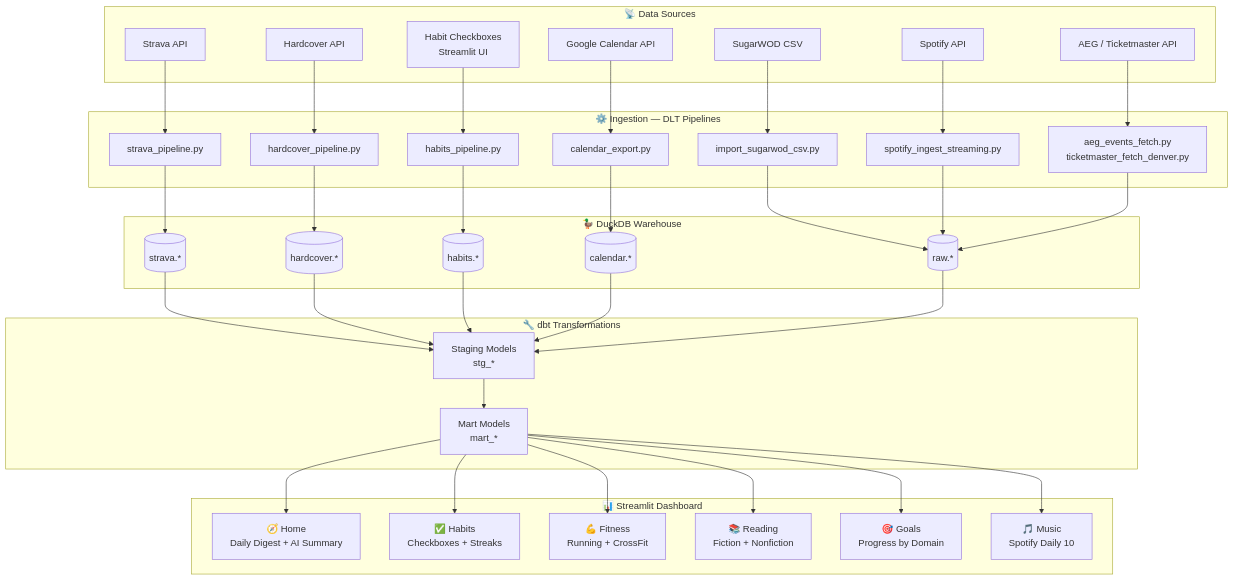
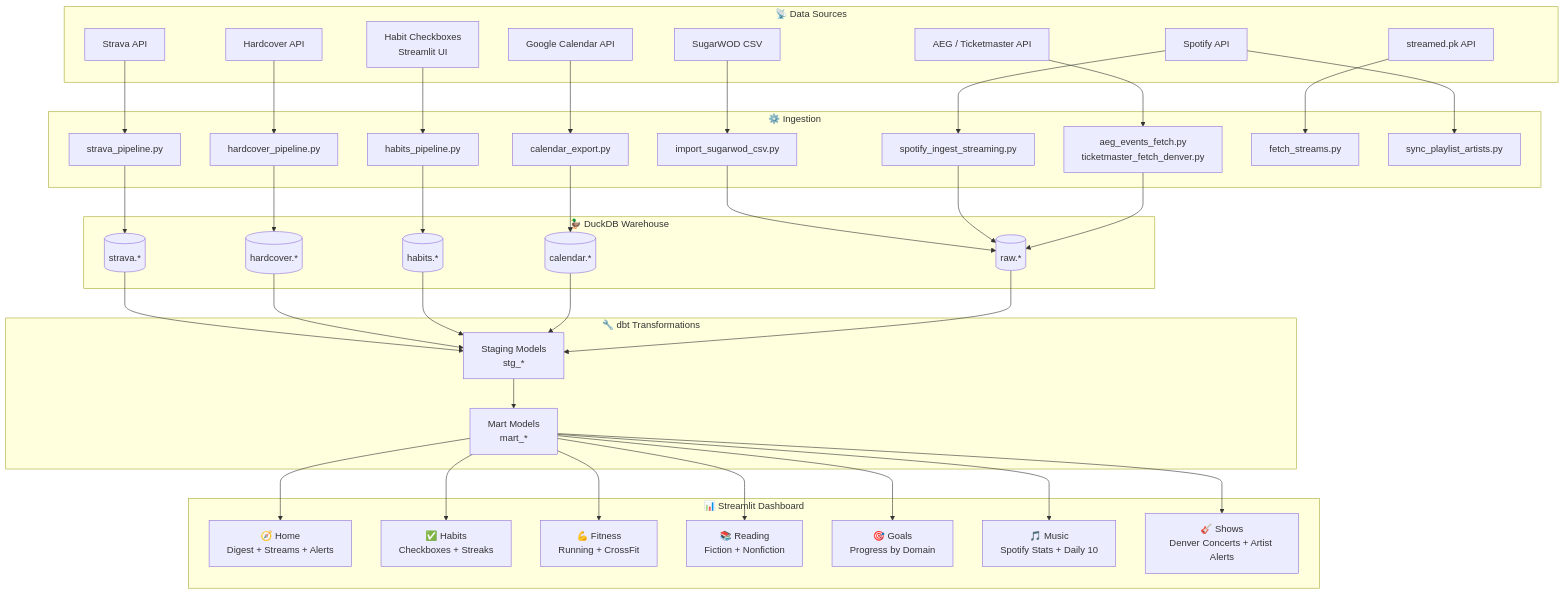
One commit to cnvertbleweathr/life-os-2026 changed the first of 4 diagrams in README.md. Above: the diagram before and after it, drawn with Mermaid. The commit also changed other lines of this file, not shown here.

Commit message:
docs: update README with full architecture, all pages, launchd setup

````diff
--- a/README.md
+++ b/README.md
@@ -20,70 +20,62 @@
 ```mermaid
 flowchart TD
     subgraph Sources["📡 Data Sources"]
         STRAVA[Strava API]
         HARDCOVER[Hardcover API]
         SPOTIFY[Spotify API]
         GCAL[Google Calendar API]
         SUGARWOD[SugarWOD CSV]
         HABITS[Habit Checkboxes\nStreamlit UI]
         AEG[AEG / Ticketmaster API]
+        STREAMED[streamed.pk API]
     end
 
-    subgraph Pipelines["⚙️ Ingestion — DLT Pipelines"]
+    subgraph Pipelines["⚙️ Ingestion"]
         P1[strava_pipeline.py]
         P2[hardcover_pipeline.py]
         P3[habits_pipeline.py]
         P4[calendar_export.py]
         P5[import_sugarwod_csv.py]
         P6[spotify_ingest_streaming.py]
         P7[aeg_events_fetch.py\nticketmaster_fetch_denver.py]
+        P8[fetch_streams.py]
+        P9[sync_playlist_artists.py]
     end
 
     subgraph DuckDB["🦆 DuckDB Warehouse"]
         S1[(strava.*)]
         S2[(hardcover.*)]
         S3[(habits.*)]
         S4[(calendar.*)]
         S5[(raw.*)]
     end
 
     subgraph DBT["🔧 dbt Transformations"]
         STG[Staging Models\nstg_*]
         MART[Mart Models\nmart_*]
     end
 
     subgraph Dashboard["📊 Streamlit Dashboard"]
-        HOME[🧭 Home\nDaily Digest + AI Summary]
+        HOME[🧭 Home\nDigest + Streams + Alerts]
         HABITS_PAGE[✅ Habits\nCheckboxes + Streaks]
         FITNESS[💪 Fitness\nRunning + CrossFit]
         READING[📚 Reading\nFiction + Nonfiction]
         GOALS[🎯 Goals\nProgress by Domain]
-        MUSIC[🎵 Music\nSpotify Daily 10]
+        MUSIC[🎵 Music\nSpotify Stats + Daily 10]
+        SHOWS[🎸 Shows\nDenver Concerts + Artist Alerts]
     end
 
-    STRAVA --> P1
-    HARDCOVER --> P2
-    HABITS --> P3
-    GCAL --> P4
-    SUGARWOD --> P5
-    SPOTIFY --> P6
-    AEG --> P7
+    STRAVA --> P1 --> S1
+    HARDCOVER --> P2 --> S2
+    HABITS --> P3 --> S3
+    GCAL --> P4 --> S4
+    SUGARWOD --> P5 --> S5
+    SPOTIFY --> P6 --> S5
+    AEG --> P7 --> S5
+    STREAMED --> P8
+    SPOTIFY --> P9
 
-    P1 --> S1
-    P2 --> S2
-    P3 --> S3
-    P4 --> S4
-    P5 --> S5
-    P6 --> S5
-    P7 --> S5
+    S1 & S2 & S3 & S4 & S5 --> STG --> MART
 
-    S1 & S2 & S3 & S4 & S5 --> STG
-    STG --> MART
-
-    MART --> HOME
-    MART --> HABITS_PAGE
-    MART --> FITNESS
-    MART --> READING
-    MART --> GOALS
-    MART --> MUSIC
+    MART --> HOME & HABITS_PAGE & FITNESS & READING & GOALS & MUSIC & SHOWS
 ```
````
